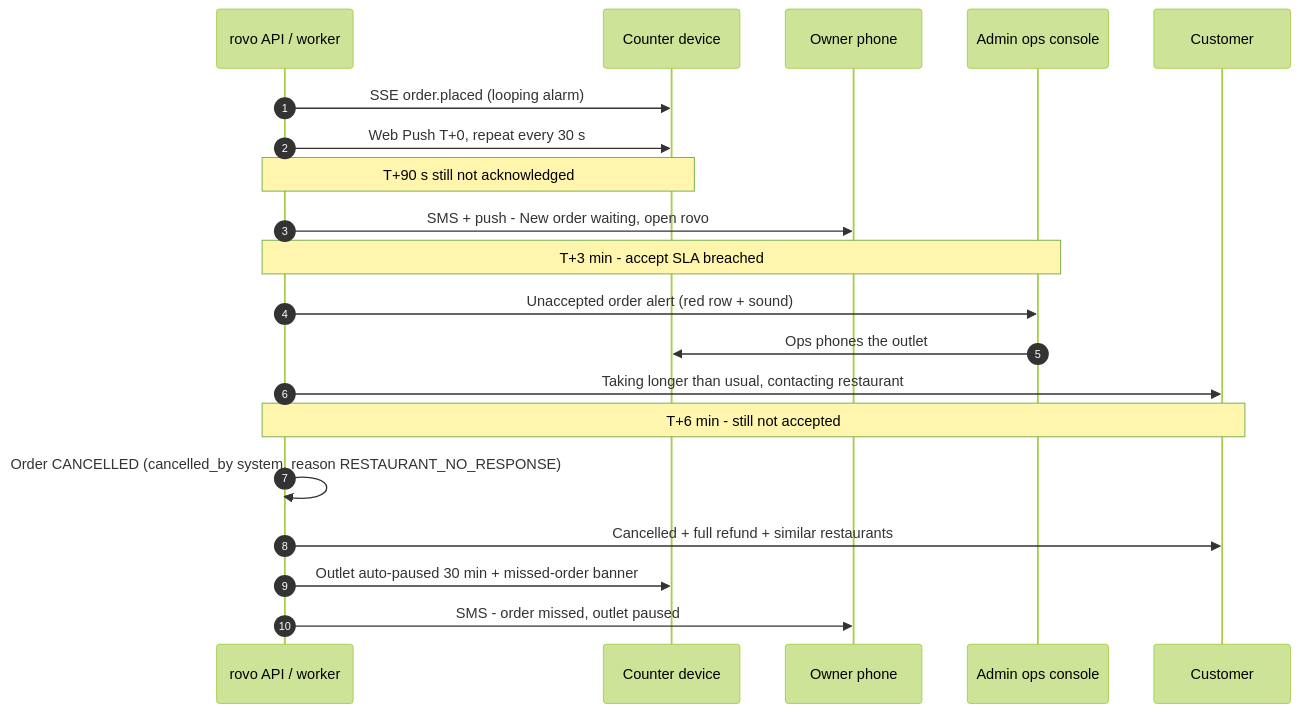
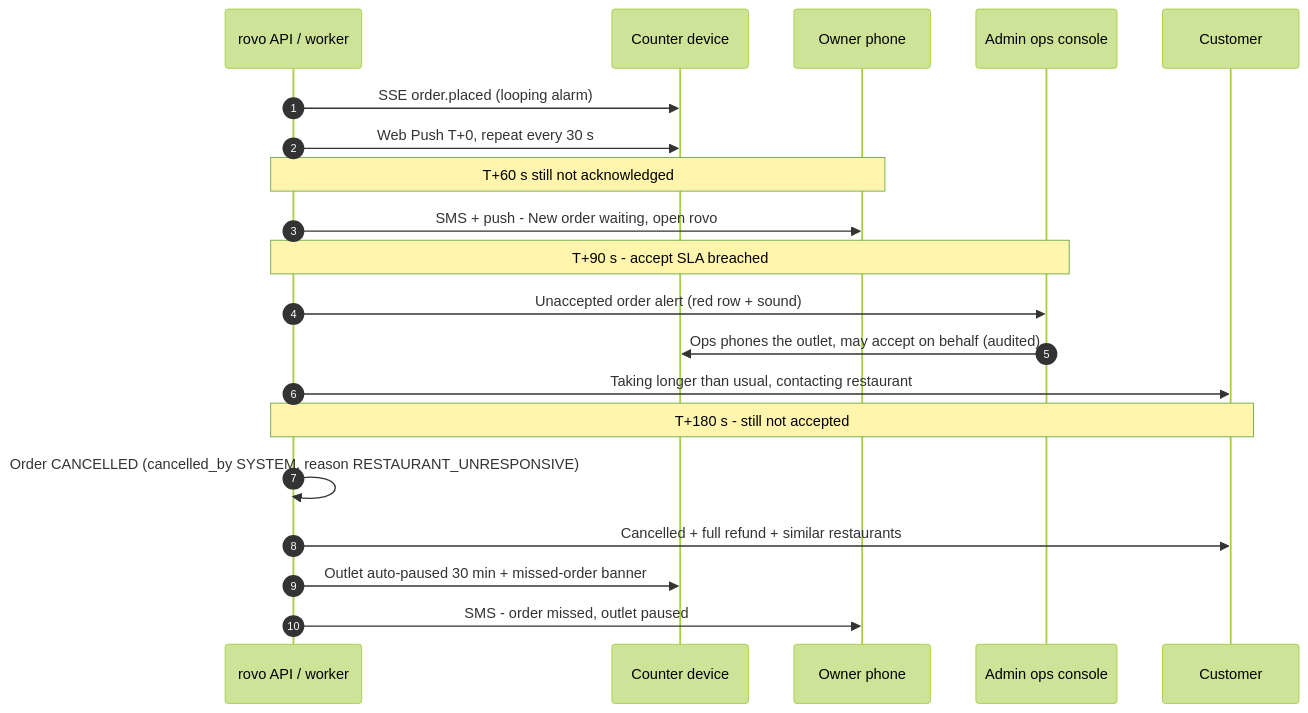
The second of 3 diagrams in docs/planning/05-restaurant-workflow.md (storetmobiles2-code/rovo), drawn with Mermaid (forest theme) before and after one commit. The commit also changed other lines of this file and 11 other files, not shown here.

````diff
--- a/docs/planning/05-restaurant-workflow.md
+++ b/docs/planning/05-restaurant-workflow.md
@@ -180,22 +190,22 @@
 ```mermaid
 sequenceDiagram
     autonumber
     participant API as rovo API / worker
     participant Dev as Counter device
     participant Own as Owner phone
     participant Ops as Admin ops console
     participant Cu as Customer
     API->>Dev: SSE order.placed (looping alarm)
     API->>Dev: Web Push T+0, repeat every 30 s
-    Note over API,Dev: T+90 s still not acknowledged
+    Note over API,Own: T+60 s still not acknowledged
     API->>Own: SMS + push - New order waiting, open rovo
-    Note over API,Ops: T+3 min - accept SLA breached
+    Note over API,Ops: T+90 s - accept SLA breached
     API->>Ops: Unaccepted order alert (red row + sound)
-    Ops->>Dev: Ops phones the outlet
+    Ops->>Dev: Ops phones the outlet, may accept on behalf (audited)
     API->>Cu: Taking longer than usual, contacting restaurant
-    Note over API,Cu: T+6 min - still not accepted
-    API->>API: Order CANCELLED (cancelled_by system, reason RESTAURANT_NO_RESPONSE)
+    Note over API,Cu: T+180 s - still not accepted
+    API->>API: Order CANCELLED (cancelled_by SYSTEM, reason RESTAURANT_UNRESPONSIVE)
     API->>Cu: Cancelled + full refund + similar restaurants
     API->>Dev: Outlet auto-paused 30 min + missed-order banner
     API->>Own: SMS - order missed, outlet paused
 ```
````
